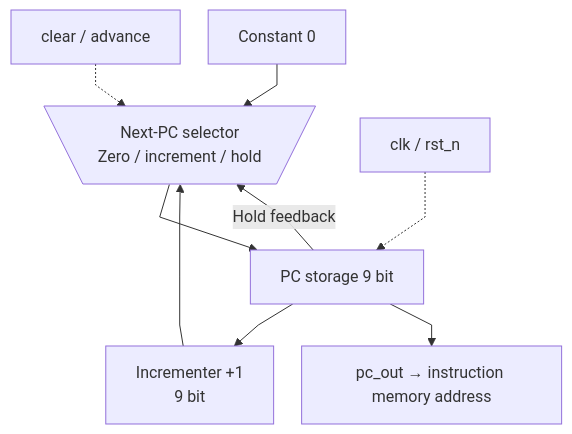
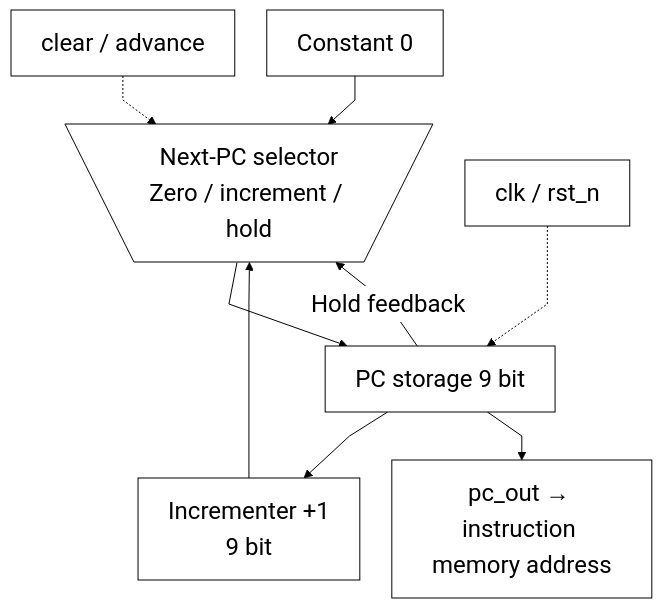
Before and after one commit to nguyennhutkhanhtom/NPU: the diagram in docs/source_guide/blocks/PC.sv.md, drawn with Mermaid. The commit also changed 102 other files, not shown here.

First line of the commit message:
docs: refresh guides and source-grounded RTL diagrams

````diff
--- a/docs/source_guide/blocks/PC.sv.md
+++ b/docs/source_guide/blocks/PC.sv.md
@@ -15,12 +15,14 @@
 ```mermaid
+%%{init: {"theme":"base","fontFamily":"Arial, sans-serif","themeVariables":{"fontSize":"24px","primaryColor":"#ffffff","primaryTextColor":"#000000","primaryBorderColor":"#000000","secondaryColor":"#ffffff","tertiaryColor":"#ffffff","lineColor":"#000000","textColor":"#000000","mainBkg":"#ffffff","nodeBorder":"#000000","clusterBkg":"#ffffff","clusterBorder":"#000000","edgeLabelBackground":"#ffffff"},"flowchart":{"htmlLabels":true,"useMaxWidth":false,"nodeSpacing":32,"rankSpacing":48,"curve":"linear","subGraphTitleMargin":{"top":16,"bottom":30}}}}%%
 flowchart TB
-%%{init: {"flowchart": {"subGraphTitleMargin": {"top": 8, "bottom": 20}, "nodeSpacing": 28, "rankSpacing": 42, "curve": "linear"}}}%%
-    CTRL["clear / advance"] -.-> MUX@{ shape: trap-t, label: "Next-PC selector<br/>Zero / increment / hold" }
+CTRL["clear / advance"] -.-> MUX@{ shape: trap-t, label: "Next-PC selector<br/>Zero / increment / hold" }
     ZERO["Constant 0"] --> MUX
     INC["Incrementer +1<br/>9 bit"] --> MUX
     MUX --> REG["PC storage 9 bit"]
     REG --> INC
     REG -->|"Hold feedback"| MUX
     CLK["clk / rst_n"] -.-> REG
     REG --> OUT["pc_out → instruction memory address"]
+    classDef default fill:white,stroke:black,color:black,font-size:24px;
+    linkStyle default stroke:black,color:black;
 ```
````
